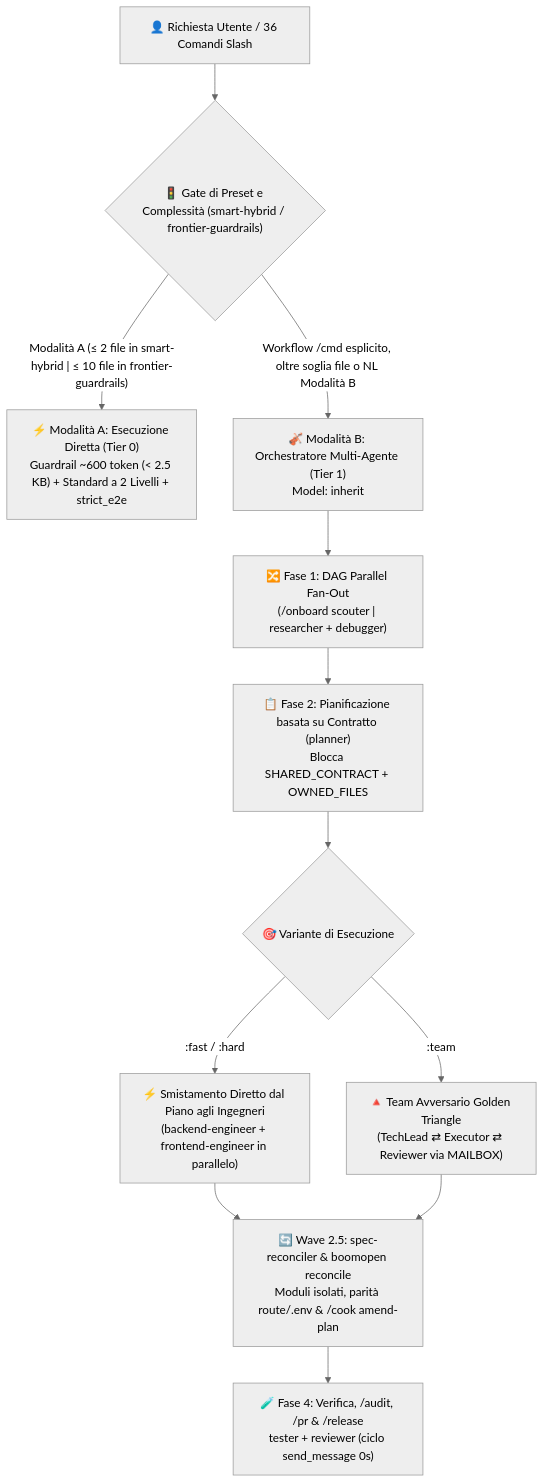
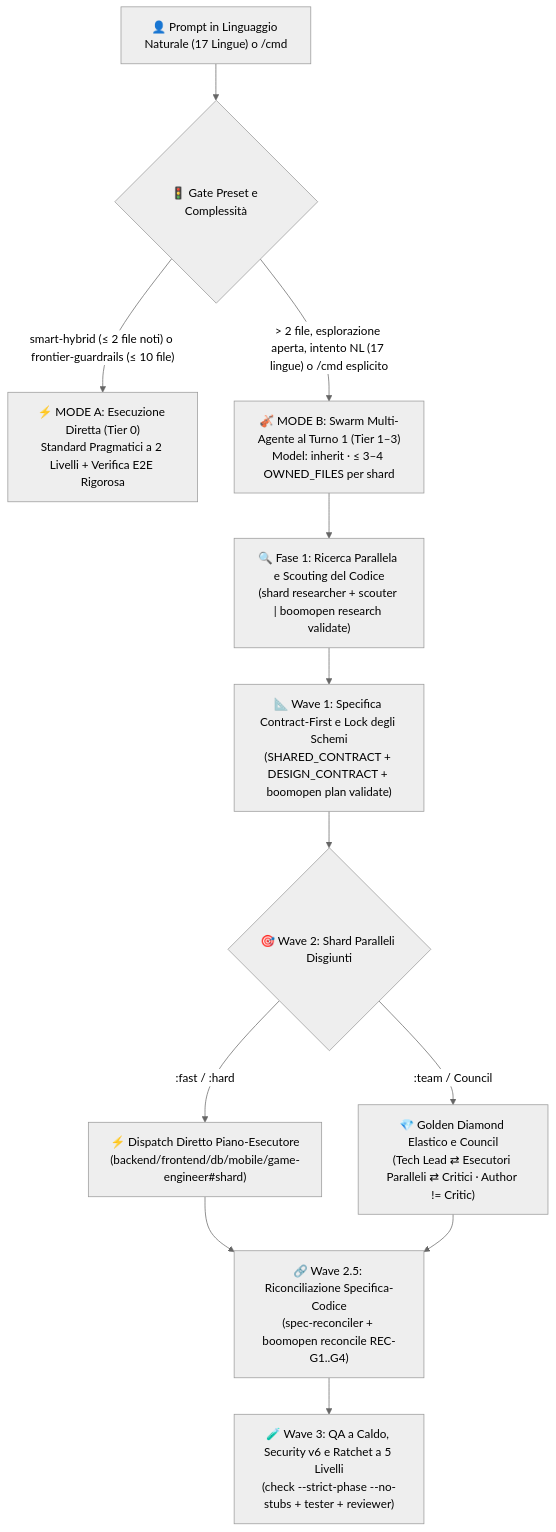
One commit to Kennyboom/BoomOpen-Workflow-Kit-Pro changed the diagram in i18n/README.it.md. Above: the diagram before and after it, drawn with Mermaid (neutral theme). The commit also changed other lines of this file and 21 other files, not shown here.

````diff
--- a/i18n/README.it.md
+++ b/i18n/README.it.md
@@ -59,17 +94,17 @@
 ```mermaid
 flowchart TD
-    User["👤 Richiesta Utente / 36 Comandi Slash"] --> Gate{"🚦 Gate di Preset e Complessità (smart-hybrid / frontier-guardrails)"}
-    Gate -->|"Modalità A (≤ 2 file in smart-hybrid | ≤ 10 file in frontier-guardrails)"| ModeA["⚡ Modalità A: Esecuzione Diretta (Tier 0)<br/>Guardrail ~600 token (< 2.5 KB) + Standard a 2 Livelli + strict_e2e"]
-    Gate -->|"Workflow /cmd esplicito, oltre soglia file o NL Modalità B"| ModeB["🎻 Modalità B: Orchestratore Multi-Agente (Tier 1)<br/>Model: inherit"]
+    User["👤 Prompt in Linguaggio Naturale (17 Lingue) o /cmd"] --> Gate{"🚦 Gate Preset e Complessità"}
+    Gate -->|"smart-hybrid (≤ 2 file noti) o frontier-guardrails (≤ 10 file)"| ModeA["⚡ MODE A: Esecuzione Diretta (Tier 0)<br/>Standard Pragmatici a 2 Livelli + Verifica E2E Rigorosa"]
+    Gate -->|"> 2 file, esplorazione aperta, intento NL (17 lingue) o /cmd esplicito"| ModeB["🎻 MODE B: Swarm Multi-Agente al Turno 1 (Tier 1–3)<br/>Model: inherit · ≤ 3–4 OWNED_FILES per shard"]
 
-    ModeB --> FanOut["🔀 Fase 1: DAG Parallel Fan-Out<br/>(/onboard scouter | researcher + debugger)"]
-    FanOut --> Plan["📋 Fase 2: Pianificazione basata su Contratto (planner)<br/>Blocca SHARED_CONTRACT + OWNED_FILES"]
-    Plan --> Dispatch{"🎯 Variante di Esecuzione"}
+    ModeB --> Wave0["🔍 Fase 1: Ricerca Parallela e Scouting del Codice<br/>(shard researcher + scouter | boomopen research validate)"]
+    Wave0 --> Wave1["📐 Wave 1: Specifica Contract-First e Lock degli Schemi<br/>(SHARED_CONTRACT + DESIGN_CONTRACT + boomopen plan validate)"]
+    Wave1 --> Wave2{"🎯 Wave 2: Shard Paralleli Disgiunti"}
 
-    Dispatch -->|":fast / :hard"| Direct["⚡ Smistamento Diretto dal Piano agli Ingegneri<br/>(backend-engineer + frontend-engineer in parallelo)"]
-    Dispatch -->|":team"| Triangle["🔺 Team Avversario Golden Triangle<br/>(TechLead ⇄ Executor ⇄ Reviewer via MAILBOX)"]
+    Wave2 -->|":fast / :hard"| Direct["⚡ Dispatch Diretto Piano-Esecutore<br/>(backend/frontend/db/mobile/game-engineer#shard)"]
+    Wave2 -->|":team / Council"| Diamond["💎 Golden Diamond Elastico e Council<br/>(Tech Lead ⇄ Esecutori Paralleli ⇄ Critici · Author != Critic)"]
 
-    Direct --> Reconcile["🔄 Wave 2.5: spec-reconciler & boomopen reconcile<br/>Moduli isolati, parità route/.env & /cook amend-plan"]
-    Triangle --> Reconcile
-    Reconcile --> Verify["🧪 Fase 4: Verifica, /audit, /pr & /release<br/>tester + reviewer (ciclo send_message 0s)"]
+    Direct --> Wave25["🔗 Wave 2.5: Riconciliazione Specifica-Codice<br/>(spec-reconciler + boomopen reconcile REC-G1..G4)"]
+    Diamond --> Wave25
+    Wave25 --> Wave3["🧪 Wave 3: QA a Caldo, Security v6 e Ratchet a 5 Livelli<br/>(check --strict-phase --no-stubs + tester + reviewer)"]
 ```
````
